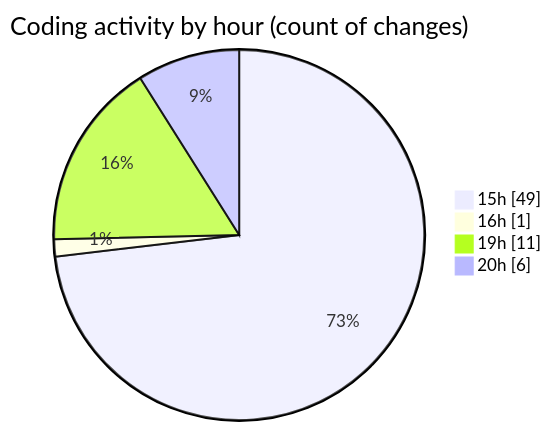
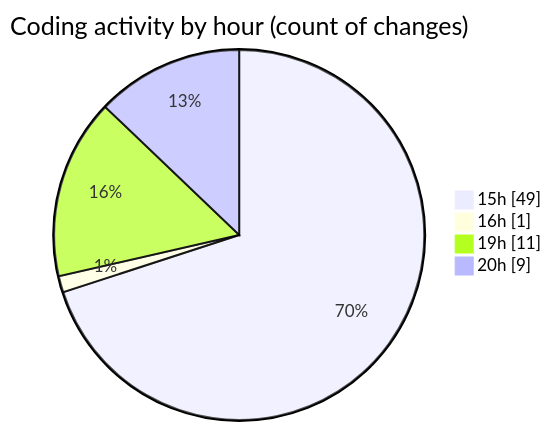
Before and after one commit to Elitesun/code-tracking: the second of 2 diagrams in 2025-04-07/sungpt/README.md, drawn with Mermaid. The commit also changed other lines of this file and 1 other file, not shown here.

````diff
--- a/2025-04-07/sungpt/README.md
+++ b/2025-04-07/sungpt/README.md
@@ -37,8 +37,8 @@
 ```mermaid
 pie showData
 title Coding activity by hour (count of changes)
 "15h" : 49
 "16h" : 1
 "19h" : 11
-"20h" : 6
+"20h" : 9
 ```
````
